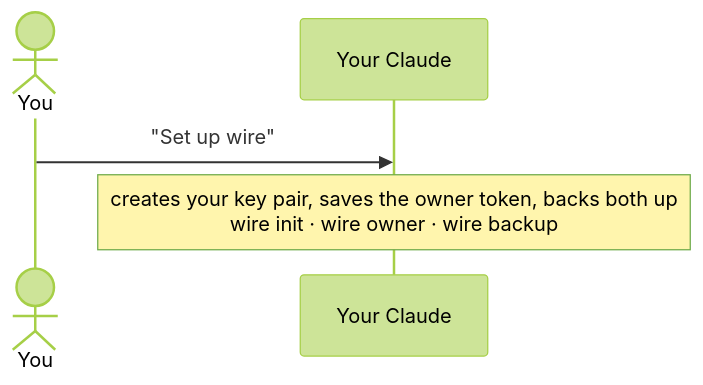
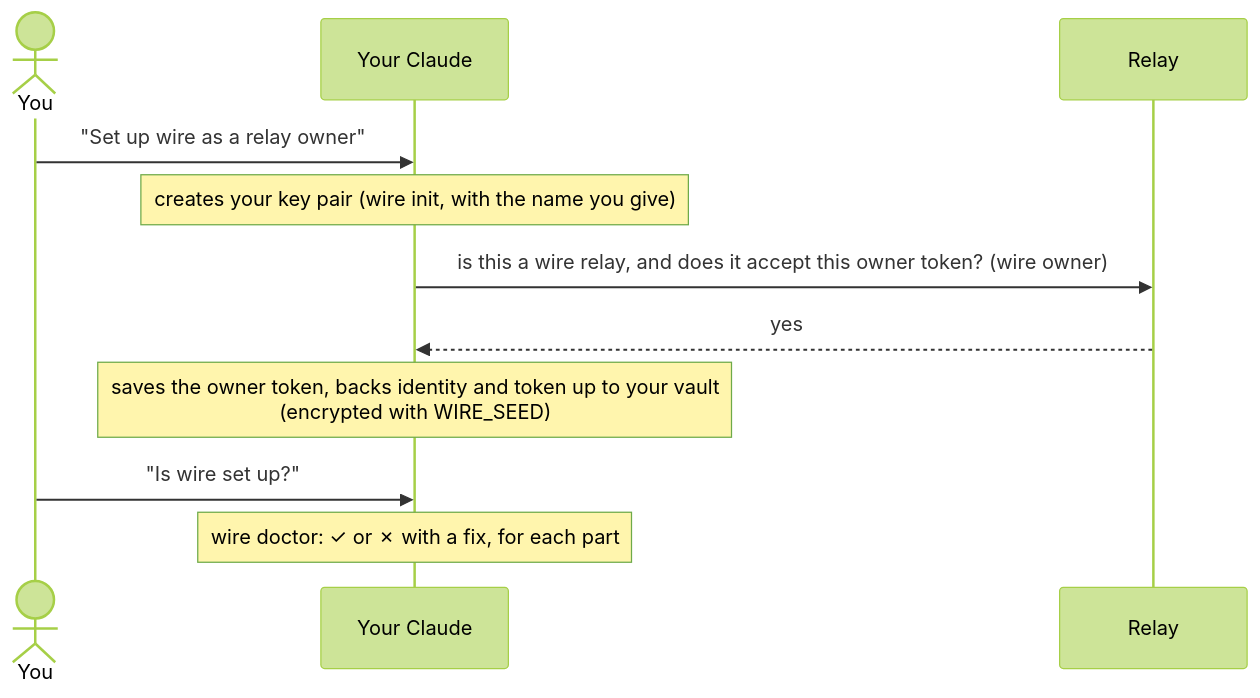
The first of 7 diagrams in docs/FLOW.md (KilroyHere/wire-relay), drawn with Mermaid (forest theme) before and after one commit. The commit also changed other lines of this file and 3 other files, not shown here.

First line of the commit message:
Docs: cloud environment setup, adding another account as owner, owner flow

````diff
--- a/docs/FLOW.md
+++ b/docs/FLOW.md
@@ -21,7 +23,13 @@
 ```mermaid
 sequenceDiagram
     actor U as You
     participant UC as Your Claude
-    U->>UC: "Set up wire"
-    Note over UC: creates your key pair, saves the owner token, backs both up<br/>wire init · wire owner · wire backup
+    participant R as Relay
+    U->>UC: "Set up wire as a relay owner"
+    Note over UC: creates your key pair (wire init, with the name you give)
+    UC->>R: is this a wire relay, and does it accept this owner token? (wire owner)
+    R-->>UC: yes
+    Note over UC: saves the owner token, backs identity and token up to your vault<br/>(encrypted with WIRE_SEED)
+    U->>UC: "Is wire set up?"
+    Note over UC: wire doctor: ✓ or ✗ with a fix, for each part
 ```
````
